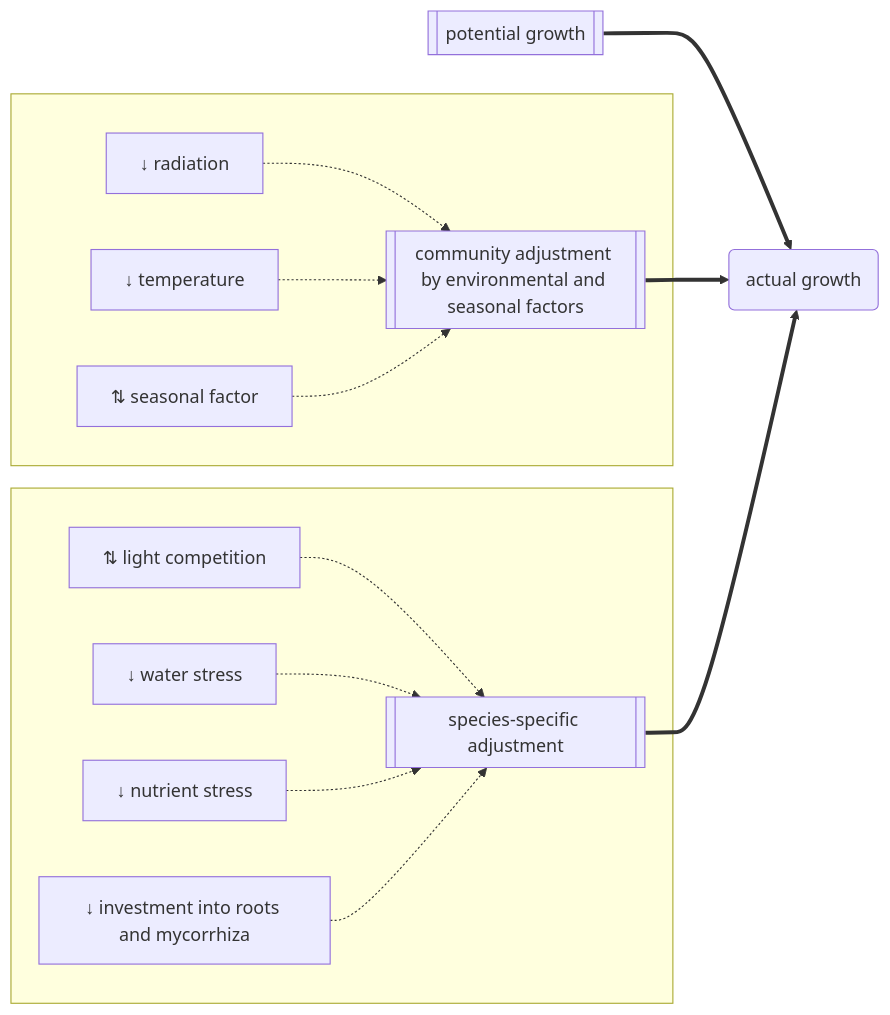
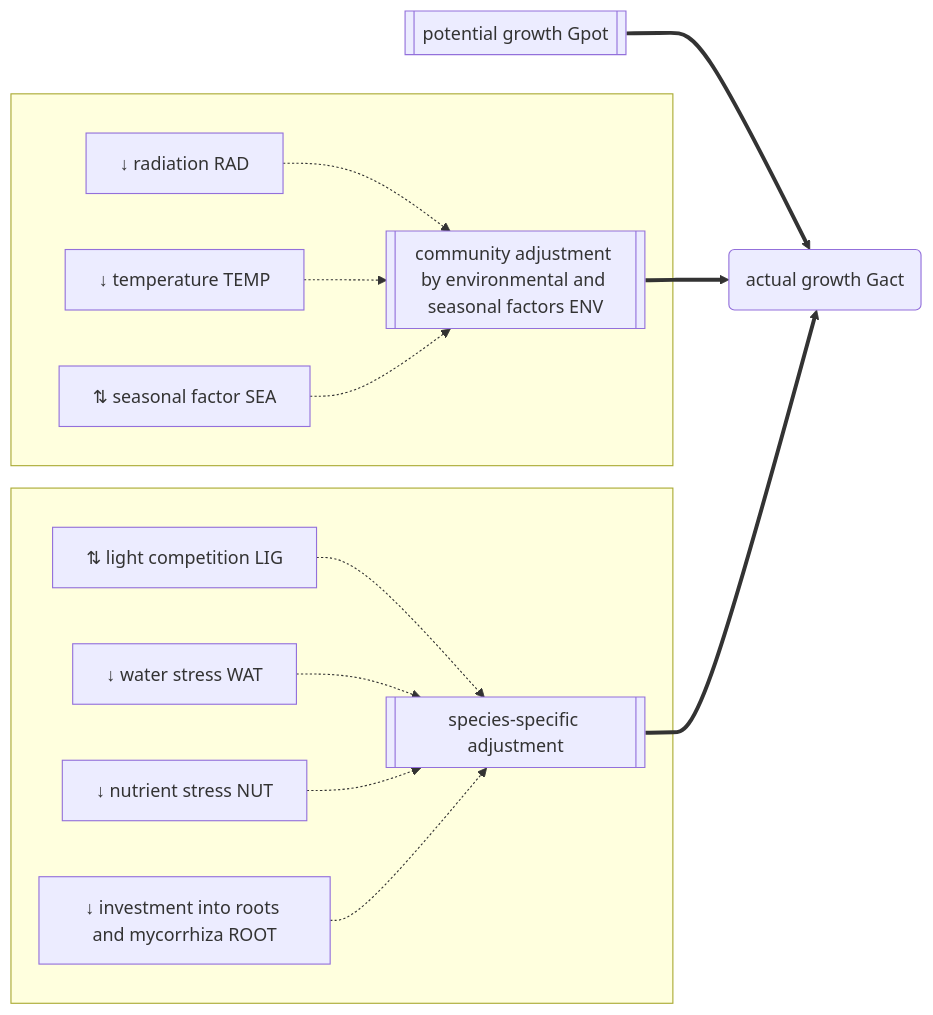
One commit to FelixNoessler/GrasslandTraitSim.jl changed the diagram in docs/src/model/biomass/growth.md. Above: the diagram before and after it, drawn with Mermaid. The commit also changed other lines of this file and 10 other files, not shown here.

````diff
--- a/docs/src/model/biomass/growth.md
+++ b/docs/src/model/biomass/growth.md
@@ -9,27 +9,27 @@
 ```mermaid
 flowchart LR
-    A[[potential growth]] ==> D(actual growth)
-    B[[community adjustment by environmental and seasonal factors]] ==> D
+    A[[potential growth Gpot]] ==> D(actual growth Gact)
+    B[[community adjustment by environmental and seasonal factors ENV]] ==> D
     C[[species-specific adjustment]] ==> D
     subgraph " "
-    L[↓ radiation] -.-> B
-    M[↓ temperature] -.-> B
-    N[⇅ seasonal factor] -.-> B
+    L[↓ radiation RAD] -.-> B
+    M[↓ temperature TEMP] -.-> B
+    N[⇅ seasonal factor SEA] -.-> B
     end
     subgraph " "
-    F[⇅ light competition] -.-> C
-    H[↓ water stress] -.-> C
-    I[↓ nutrient stress] -.-> C
-    P[↓ investment into roots and mycorrhiza] -.-> C
+    F[⇅ light competition LIG] -.-> C
+    H[↓ water stress WAT] -.-> C
+    I[↓ nutrient stress NUT] -.-> C
+    P[↓ investment into roots and mycorrhiza ROOT] -.-> C
     end
 click A "growth_potential_growth" "Go"
 click B "growth_env_factors" "Go"
 click C "growth_species_specific" "Go"
 click L "growth_env_factors#Radiation-influence" "Go"
 click M "growth_env_factors#Temperature-influence" "Go"
 click N "growth_env_factors#Seasonal-effect" "Go"
 click F "growth_species_specific_light" "Go"
 click H "growth_species_specific_water" "Go"
 click I "growth_species_specific_nutrients" "Go"
 click P "growth_species_specific_roots" "Go"
 ```
````
